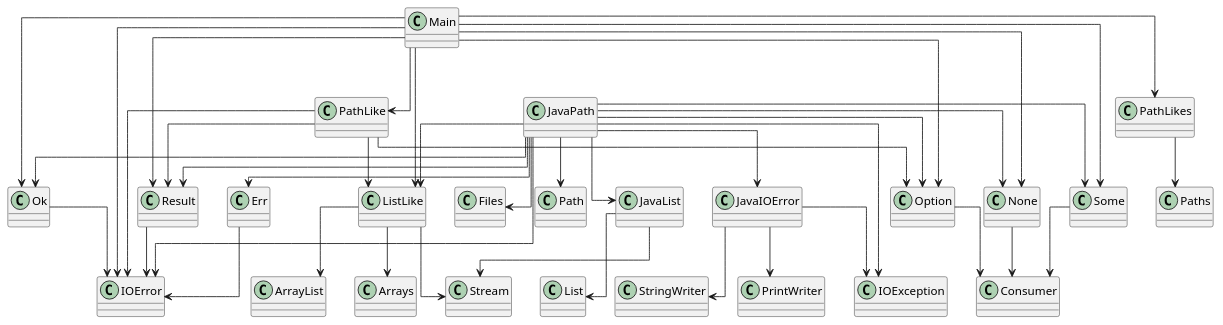
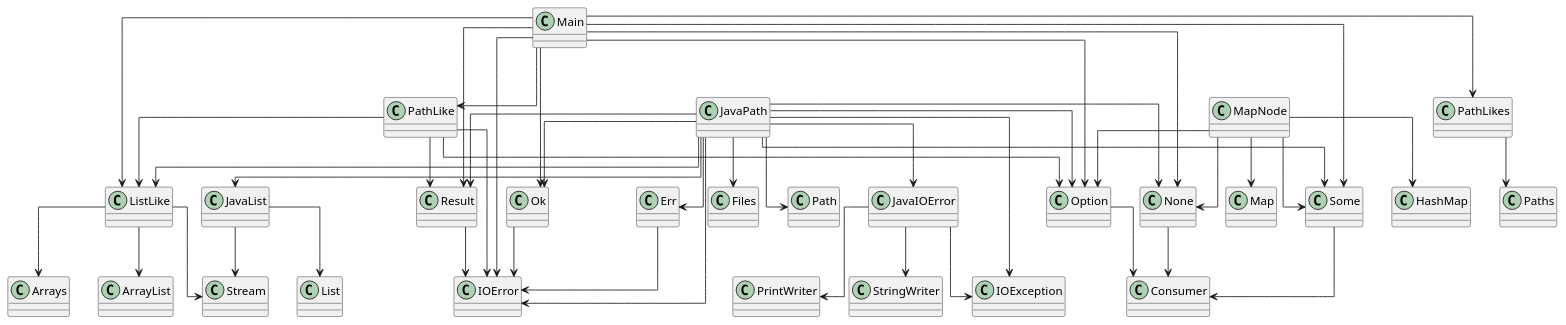
The diagram in diagram.puml (SirMathhman/Magma), drawn with PlantUML before and after one commit. The commit also changed 5 other files, not shown here.

```diff
--- a/diagram.puml
+++ b/diagram.puml
@@ -1,59 +1,65 @@
 @startuml
 skinparam linetype ortho
 class IOError
 class JavaIOError
 JavaIOError --> IOException
 JavaIOError --> PrintWriter
 JavaIOError --> StringWriter
 class JavaList
 JavaList --> List
 JavaList --> Stream
 class ListLike
 ListLike --> ArrayList
 ListLike --> Arrays
 ListLike --> Stream
 class Main
 Main --> IOError
 Main --> ListLike
 Main --> None
 Main --> Option
 Main --> Some
 Main --> PathLike
 Main --> PathLikes
 Main --> Ok
 Main --> Result
+class MapNode
+MapNode --> None
+MapNode --> Option
+MapNode --> Some
+MapNode --> HashMap
+MapNode --> Map
 class None
 None --> Consumer
 class Option
 Option --> Consumer
 class Some
 Some --> Consumer
 class JavaPath
 JavaPath --> IOError
 JavaPath --> JavaIOError
 JavaPath --> JavaList
 JavaPath --> ListLike
 JavaPath --> None
 JavaPath --> Option
 JavaPath --> Some
 JavaPath --> Err
 JavaPath --> Ok
 JavaPath --> Result
 JavaPath --> IOException
 JavaPath --> Files
 JavaPath --> Path
 class PathLike
 PathLike --> IOError
 PathLike --> ListLike
 PathLike --> Option
 PathLike --> Result
 class PathLikes
 PathLikes --> Paths
 class Err
 Err --> IOError
 class Ok
 Ok --> IOError
 class Result
 Result --> IOError
 
 @enduml
```
